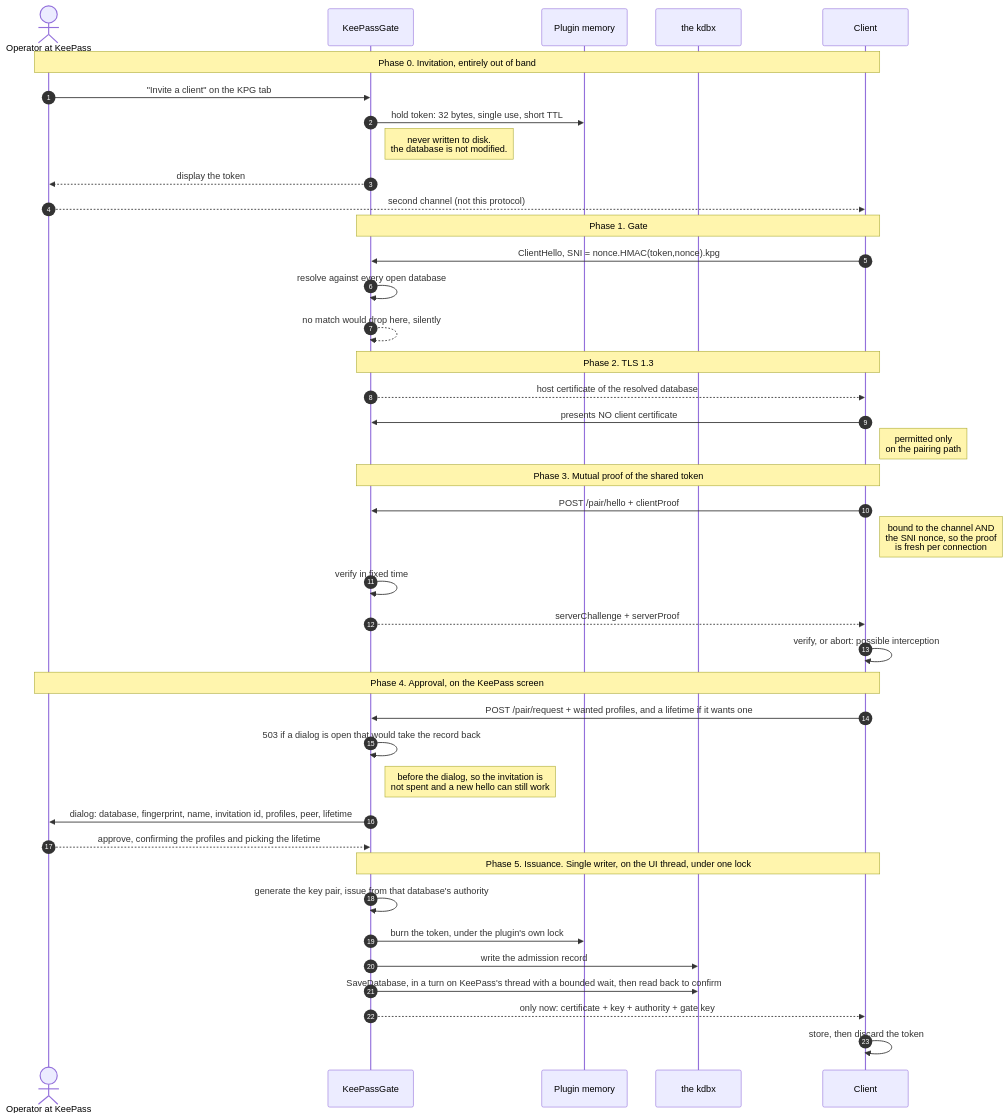
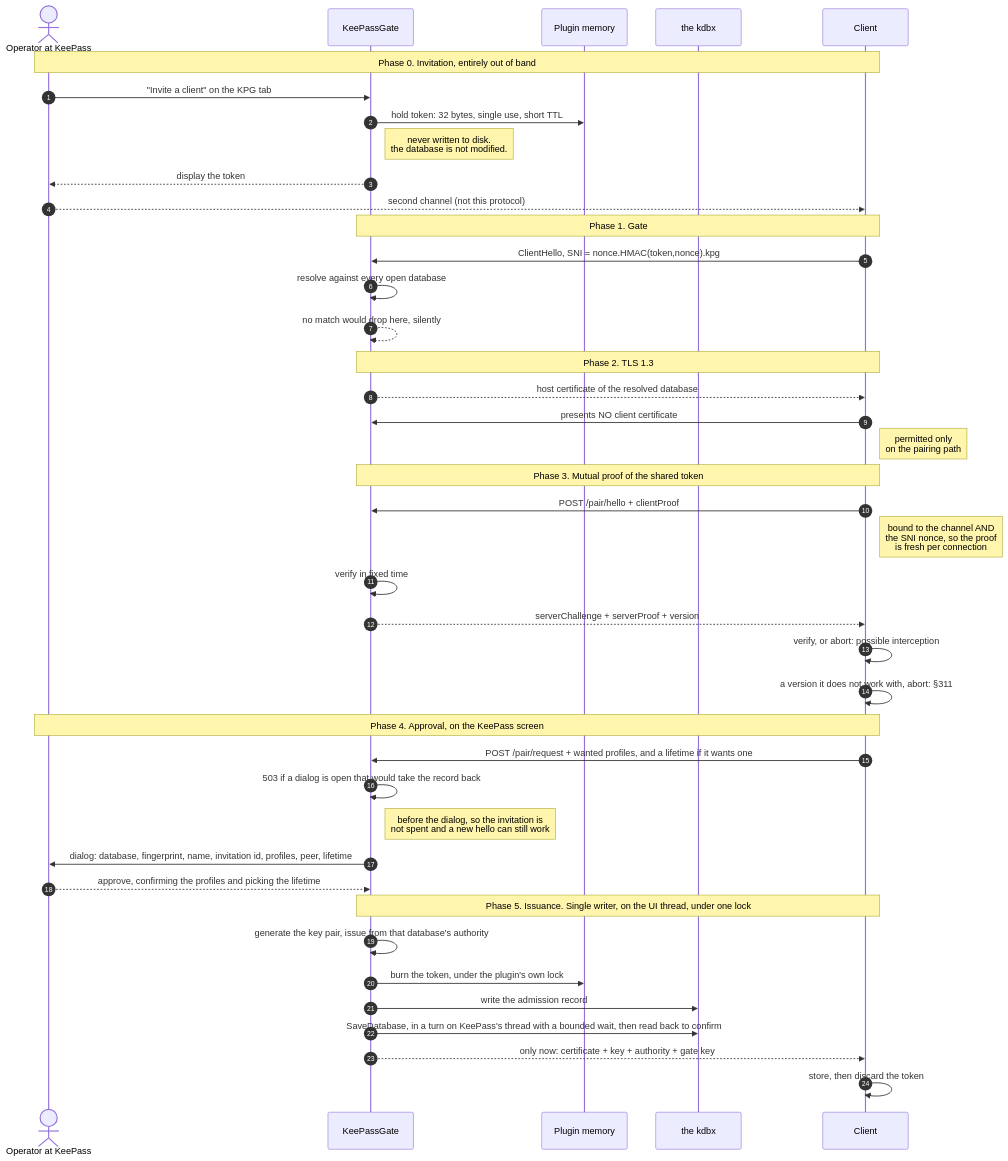
One commit to mfrnd/KeePassGate changed the second of 5 diagrams in PAIRING.md. Above: the diagram before and after it, drawn with Mermaid. The commit also changed other lines of this file and 26 other files, not shown here.

First line of the commit message:
Refuse a gate whose version the client does not work with

````diff
--- a/PAIRING.md
+++ b/PAIRING.md
@@ -75,48 +75,49 @@
 ```mermaid
 sequenceDiagram
     autonumber
     actor OP as Operator at KeePass
     participant KPG as KeePassGate
     participant MEM as Plugin memory
     participant DB as the kdbx
     participant CL as Client
 
     Note over OP,CL: Phase 0. Invitation, entirely out of band
     OP->>KPG: "Invite a client" on the KPG tab
     KPG->>MEM: hold token: 32 bytes, single use, short TTL
     Note right of KPG: never written to disk.<br/>the database is not modified.
     KPG-->>OP: display the token
     OP-->>CL: second channel (not this protocol)
 
     Note over KPG,CL: Phase 1. Gate
     CL->>KPG: ClientHello, SNI = nonce.HMAC(token,nonce).kpg
     KPG->>KPG: resolve against every open database
     KPG-->>KPG: no match would drop here, silently
 
     Note over KPG,CL: Phase 2. TLS 1.3
     KPG-->>CL: host certificate of the resolved database
     CL->>KPG: presents NO client certificate
     Note right of CL: permitted only<br/>on the pairing path
 
     Note over KPG,CL: Phase 3. Mutual proof of the shared token
     CL->>KPG: POST /pair/hello + clientProof
     Note right of CL: bound to the channel AND<br/>the SNI nonce, so the proof<br/>is fresh per connection
     KPG->>KPG: verify in fixed time
-    KPG-->>CL: serverChallenge + serverProof
+    KPG-->>CL: serverChallenge + serverProof + version
     CL->>CL: verify, or abort: possible interception
+    CL->>CL: a version it does not work with, abort: §311
 
     Note over OP,CL: Phase 4. Approval, on the KeePass screen
     CL->>KPG: POST /pair/request + wanted profiles, and a lifetime if it wants one
     KPG->>KPG: 503 if a dialog is open that would take the record back
     Note right of KPG: before the dialog, so the invitation is<br/>not spent and a new hello can still work
     KPG->>OP: dialog: database, fingerprint, name, invitation id, profiles, peer, lifetime
     OP-->>KPG: approve, confirming the profiles and picking the lifetime
 
     Note over KPG,CL: Phase 5. Issuance. Single writer, on the UI thread, under one lock
     KPG->>KPG: generate the key pair, issue from that database's authority
     KPG->>MEM: burn the token, under the plugin's own lock
     KPG->>DB: write the admission record
     KPG->>DB: SaveDatabase, in a turn on KeePass's thread with a bounded wait, then read back to confirm
     KPG-->>CL: only now: certificate + key + authority + gate key
     CL->>CL: store, then discard the token
 ```
````
